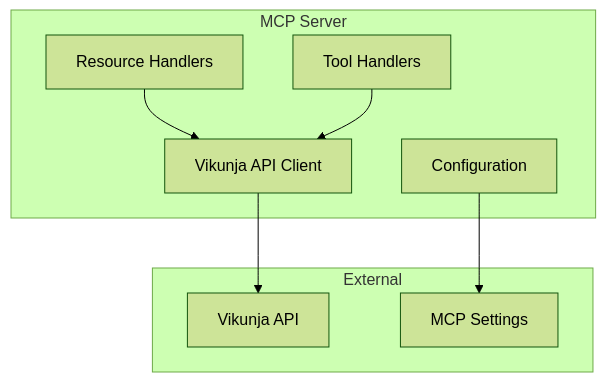
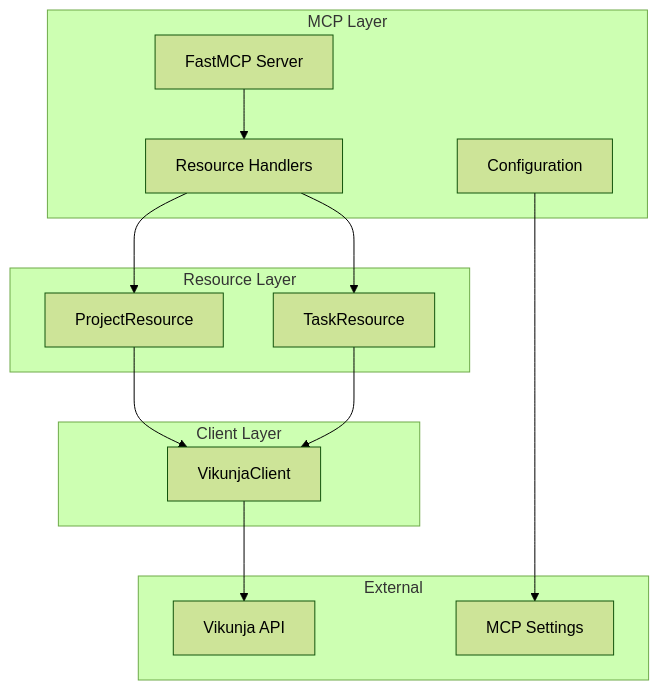
Before and after one commit to kadykov/mcp-vikunja: the diagram in memory-bank/systemPatterns.md, drawn with Mermaid (forest theme). The commit also changed other lines of this file and 2 other files, not shown here.

Commit message:
Refactor progress and system patterns documentation for MCP server implementation and resource integration

````diff
--- a/memory-bank/systemPatterns.md
+++ b/memory-bank/systemPatterns.md
@@ -5,19 +5,30 @@
 ```mermaid
 graph TD
-    subgraph MCP Server
-        Resources[Resource Handlers]
-        Tools[Tool Handlers]
+    subgraph MCP Layer
+        FMCP[FastMCP Server]
+        RH[Resource Handlers]
         Config[Configuration]
-        Client[Vikunja API Client]
+    end
+
+    subgraph Resource Layer
+        PR[ProjectResource]
+        TR[TaskResource]
+    end
+
+    subgraph Client Layer
+        VC[VikunjaClient]
     end
 
     subgraph External
         API[Vikunja API]
         Settings[MCP Settings]
     end
 
-    Resources --> Client
-    Tools --> Client
-    Client --> API
+    FMCP --> RH
+    RH --> PR
+    RH --> TR
+    PR --> VC
+    TR --> VC
+    VC --> API
     Config --> Settings
 ```
````
